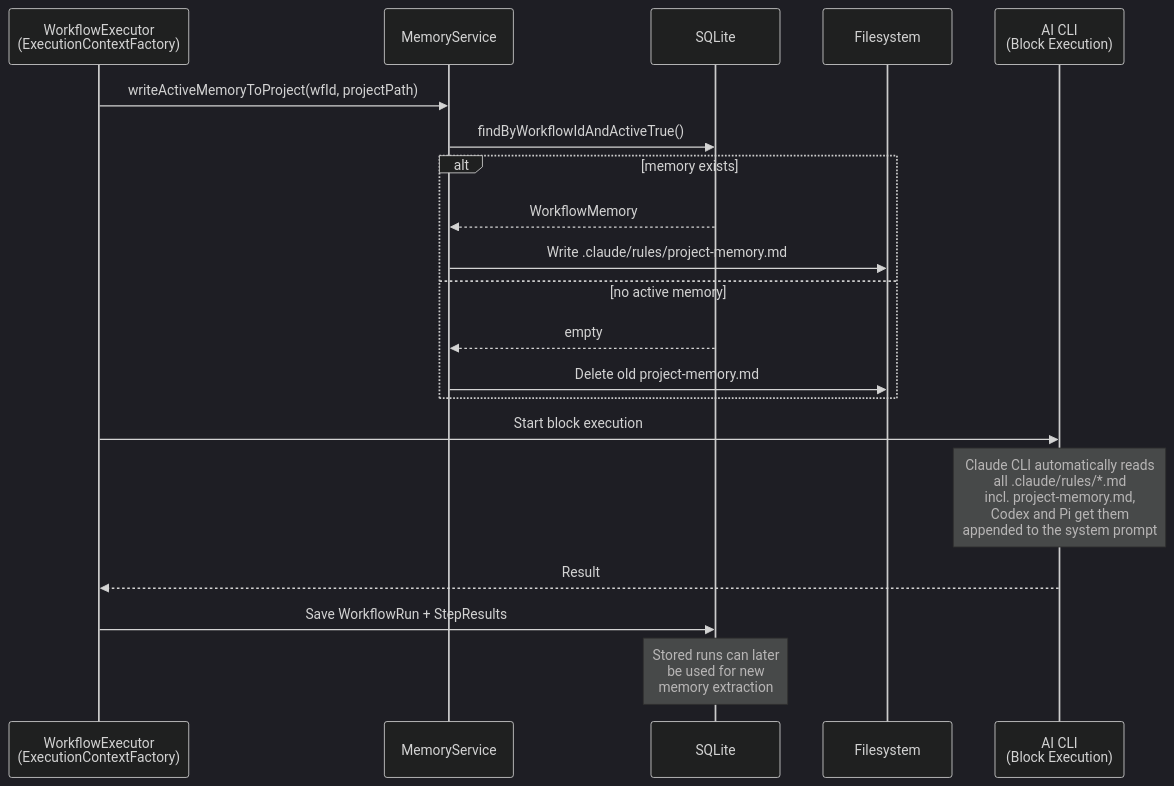
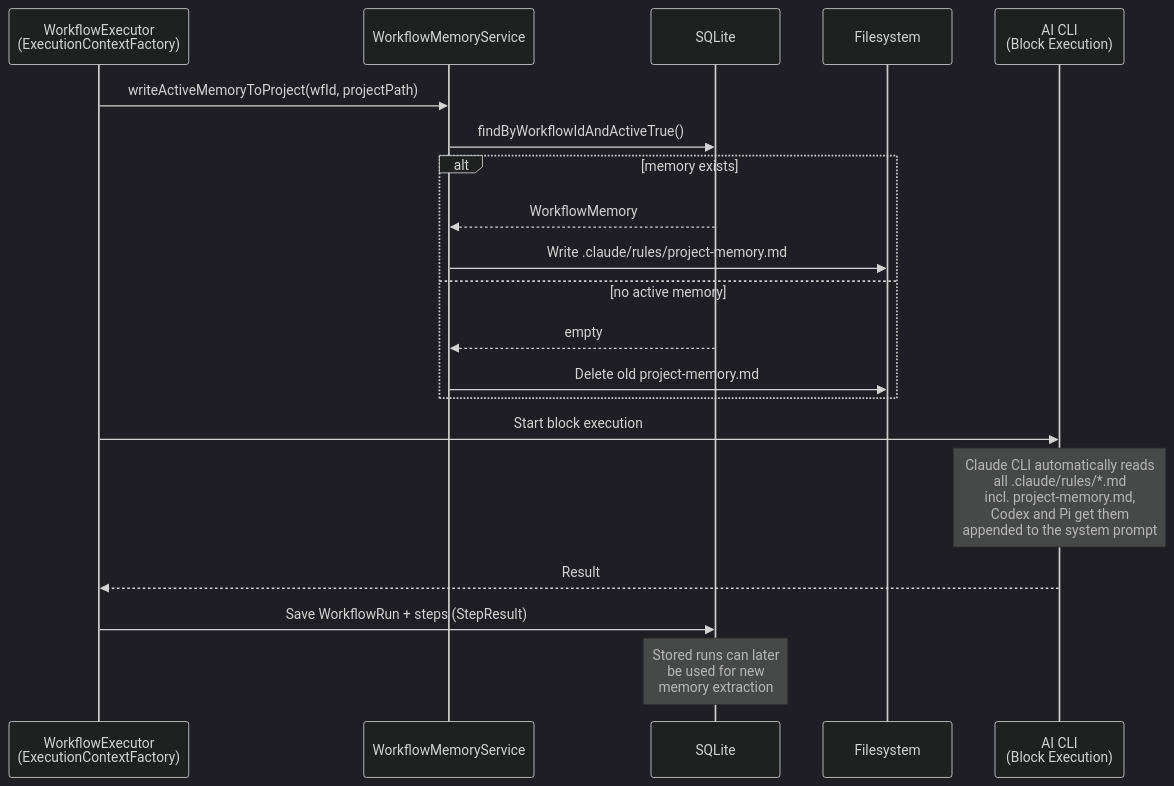
Before and after one commit to FLSEST/MySuricates: the fourth of 7 diagrams in docs/en/workflow-memory-diagrams.md, drawn with Mermaid (dark theme). The commit also changed other lines of this file and 9 other files, not shown here.

First line of the commit message:
docs(diagramme): Outdated names in Control and Memory corrected, test list of the Memory page dropped

````diff
--- a/docs/en/workflow-memory-diagrams.md
+++ b/docs/en/workflow-memory-diagrams.md
@@ -167,26 +167,26 @@
 ```mermaid
 sequenceDiagram
     participant WE as WorkflowExecutor<br/>(ExecutionContextFactory)
-    participant MS as MemoryService
+    participant MS as WorkflowMemoryService
     participant DB as SQLite
     participant FS as Filesystem
     participant CLI as AI CLI<br/>(Block Execution)
 
     WE->>MS: writeActiveMemoryToProject(wfId, projectPath)
     MS->>DB: findByWorkflowIdAndActiveTrue()
     alt memory exists
         DB-->>MS: WorkflowMemory
         MS->>FS: Write .claude/rules/project-memory.md
     else no active memory
         DB-->>MS: empty
         MS->>FS: Delete old project-memory.md
     end
 
     WE->>CLI: Start block execution
     Note over CLI: Claude CLI automatically reads<br/>all .claude/rules/*.md<br/>incl. project-memory.md,<br/>Codex and Pi get them<br/>appended to the system prompt
 
     CLI-->>WE: Result
-    WE->>DB: Save WorkflowRun + StepResults
+    WE->>DB: Save WorkflowRun + steps (StepResult)
 
     Note over DB: Stored runs can later<br/>be used for new<br/>memory extraction
 ```
````
